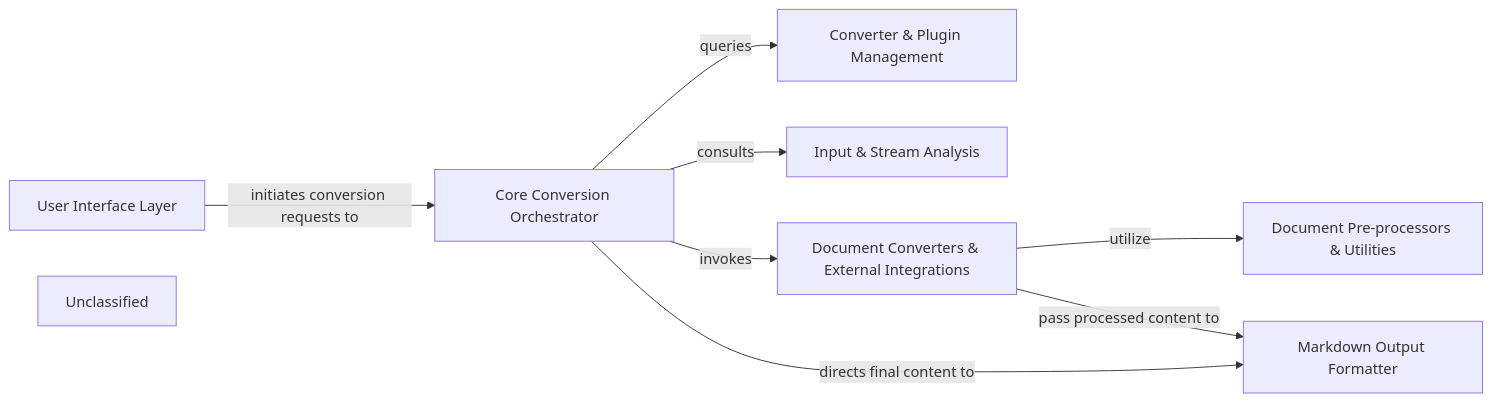
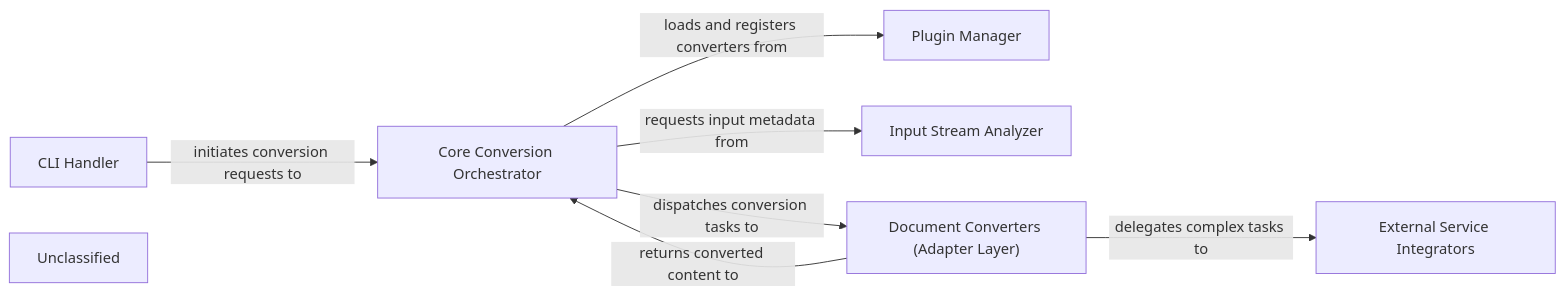
The diagram in markitdown/on_boarding.md (CodeBoarding/GeneratedOnBoardings), drawn with Mermaid before and after one commit. The commit also changed other lines of this file and 12 other files, not shown here.

````diff
--- a/markitdown/on_boarding.md
+++ b/markitdown/on_boarding.md
@@ -1,25 +1,22 @@
 ```mermaid
 graph LR
-    User_Interface_Layer["User Interface Layer"]
+    CLI_Handler["CLI Handler"]
     Core_Conversion_Orchestrator["Core Conversion Orchestrator"]
-    Converter_Plugin_Management["Converter & Plugin Management"]
-    Input_Stream_Analysis["Input & Stream Analysis"]
-    Document_Converters_External_Integrations["Document Converters & External Integrations"]
-    Document_Pre_processors_Utilities["Document Pre-processors & Utilities"]
-    Markdown_Output_Formatter["Markdown Output Formatter"]
+    Plugin_Manager["Plugin Manager"]
+    Input_Stream_Analyzer["Input Stream Analyzer"]
+    Document_Converters_Adapter_Layer_["Document Converters (Adapter Layer)"]
+    External_Service_Integrators["External Service Integrators"]
     Unclassified["Unclassified"]
-    User_Interface_Layer -- "initiates conversion requests to" --> Core_Conversion_Orchestrator
-    Core_Conversion_Orchestrator -- "consults" --> Input_Stream_Analysis
-    Core_Conversion_Orchestrator -- "queries" --> Converter_Plugin_Management
-    Core_Conversion_Orchestrator -- "invokes" --> Document_Converters_External_Integrations
-    Document_Converters_External_Integrations -- "utilize" --> Document_Pre_processors_Utilities
-    Document_Converters_External_Integrations -- "pass processed content to" --> Markdown_Output_Formatter
-    Core_Conversion_Orchestrator -- "directs final content to" --> Markdown_Output_Formatter
-    click User_Interface_Layer href "https://github.com/CodeBoarding/GeneratedOnBoardings/blob/main/markitdown/User_Interface_Layer.md" "Details"
+    CLI_Handler -- "initiates conversion requests to" --> Core_Conversion_Orchestrator
+    Core_Conversion_Orchestrator -- "loads and registers converters from" --> Plugin_Manager
+    Core_Conversion_Orchestrator -- "requests input metadata from" --> Input_Stream_Analyzer
+    Core_Conversion_Orchestrator -- "dispatches conversion tasks to" --> Document_Converters_Adapter_Layer_
+    Document_Converters_Adapter_Layer_ -- "returns converted content to" --> Core_Conversion_Orchestrator
+    Document_Converters_Adapter_Layer_ -- "delegates complex tasks to" --> External_Service_Integrators
+    click CLI_Handler href "https://github.com/CodeBoarding/GeneratedOnBoardings/blob/main/markitdown/CLI_Handler.md" "Details"
     click Core_Conversion_Orchestrator href "https://github.com/CodeBoarding/GeneratedOnBoardings/blob/main/markitdown/Core_Conversion_Orchestrator.md" "Details"
-    click Converter_Plugin_Management href "https://github.com/CodeBoarding/GeneratedOnBoardings/blob/main/markitdown/Converter_Plugin_Management.md" "Details"
-    click Input_Stream_Analysis href "https://github.com/CodeBoarding/GeneratedOnBoardings/blob/main/markitdown/Input_Stream_Analysis.md" "Details"
-    click Document_Converters_External_Integrations href "https://github.com/CodeBoarding/GeneratedOnBoardings/blob/main/markitdown/Document_Converters_External_Integrations.md" "Details"
-    click Document_Pre_processors_Utilities href "https://github.com/CodeBoarding/GeneratedOnBoardings/blob/main/markitdown/Document_Pre_processors_Utilities.md" "Details"
-    click Markdown_Output_Formatter href "https://github.com/CodeBoarding/GeneratedOnBoardings/blob/main/markitdown/Markdown_Output_Formatter.md" "Details"
+    click Plugin_Manager href "https://github.com/CodeBoarding/GeneratedOnBoardings/blob/main/markitdown/Plugin_Manager.md" "Details"
+    click Input_Stream_Analyzer href "https://github.com/CodeBoarding/GeneratedOnBoardings/blob/main/markitdown/Input_Stream_Analyzer.md" "Details"
+    click Document_Converters_Adapter_Layer_ href "https://github.com/CodeBoarding/GeneratedOnBoardings/blob/main/markitdown/Document_Converters_Adapter_Layer_.md" "Details"
+    click External_Service_Integrators href "https://github.com/CodeBoarding/GeneratedOnBoardings/blob/main/markitdown/External_Service_Integrators.md" "Details"
 ```
````
